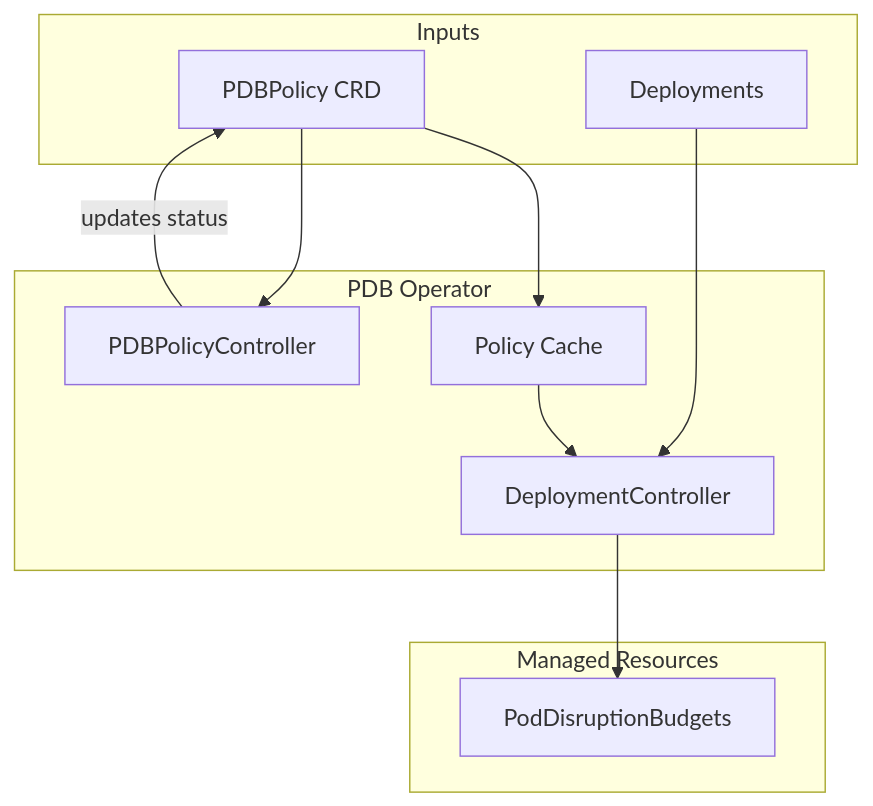
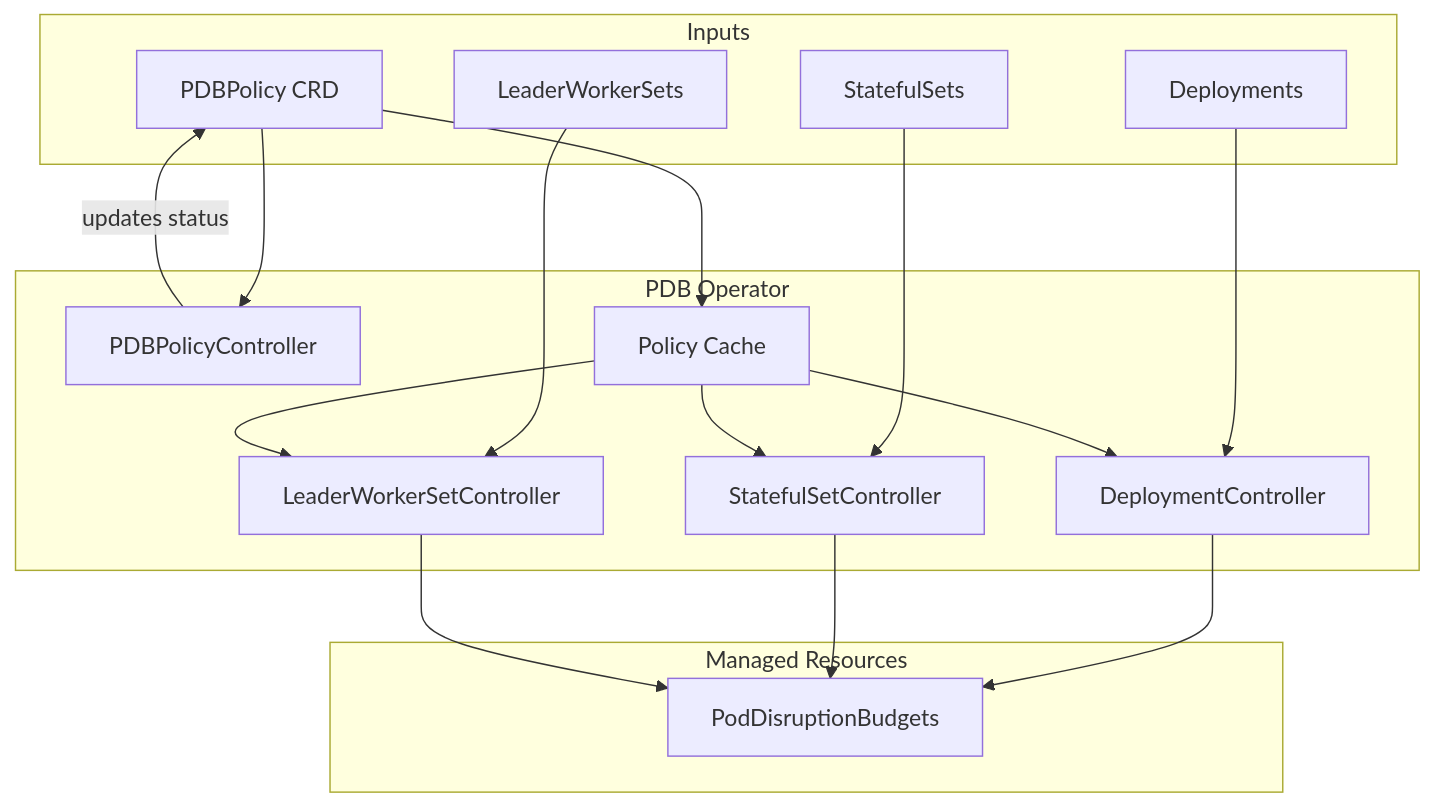
Before and after one commit to pdb-operator/pdboperator.io: the diagram in docs/core-concepts/architecture.md, drawn with Mermaid. The commit also changed other lines of this file and 11 other files, not shown here.

````diff
--- a/docs/core-concepts/architecture.md
+++ b/docs/core-concepts/architecture.md
@@ -10,24 +11,34 @@
 ```mermaid
 graph TD
     subgraph inputs ["Inputs"]
         A["PDBPolicy CRD"]
         C["Deployments"]
+        F["StatefulSets"]
+        H["LeaderWorkerSets"]
     end
 
     subgraph operator ["PDB Operator"]
         B["PDBPolicyController"]
         D["DeploymentController"]
+        G["StatefulSetController"]
+        I["LeaderWorkerSetController"]
         Cache["Policy Cache"]
     end
 
     subgraph outputs ["Managed Resources"]
         E["PodDisruptionBudgets"]
     end
 
     A --> B
     B -->|updates status| A
     A --> Cache
     C --> D
+    F --> G
+    H --> I
     Cache --> D
+    Cache --> G
+    Cache --> I
     D --> E
+    G --> E
+    I --> E
 ```
````
